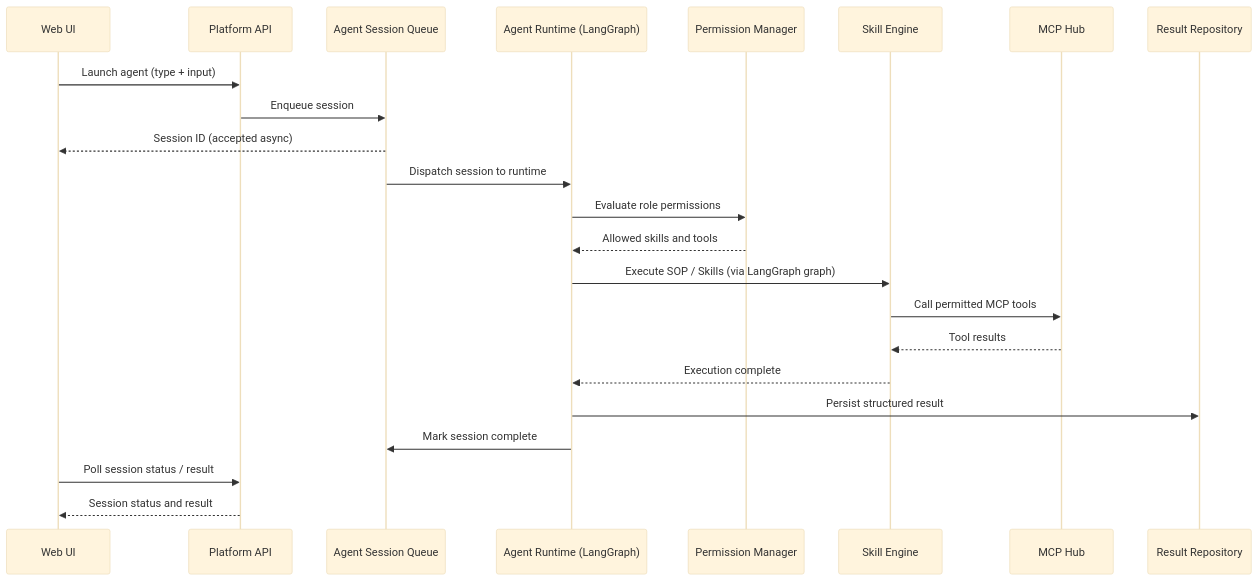
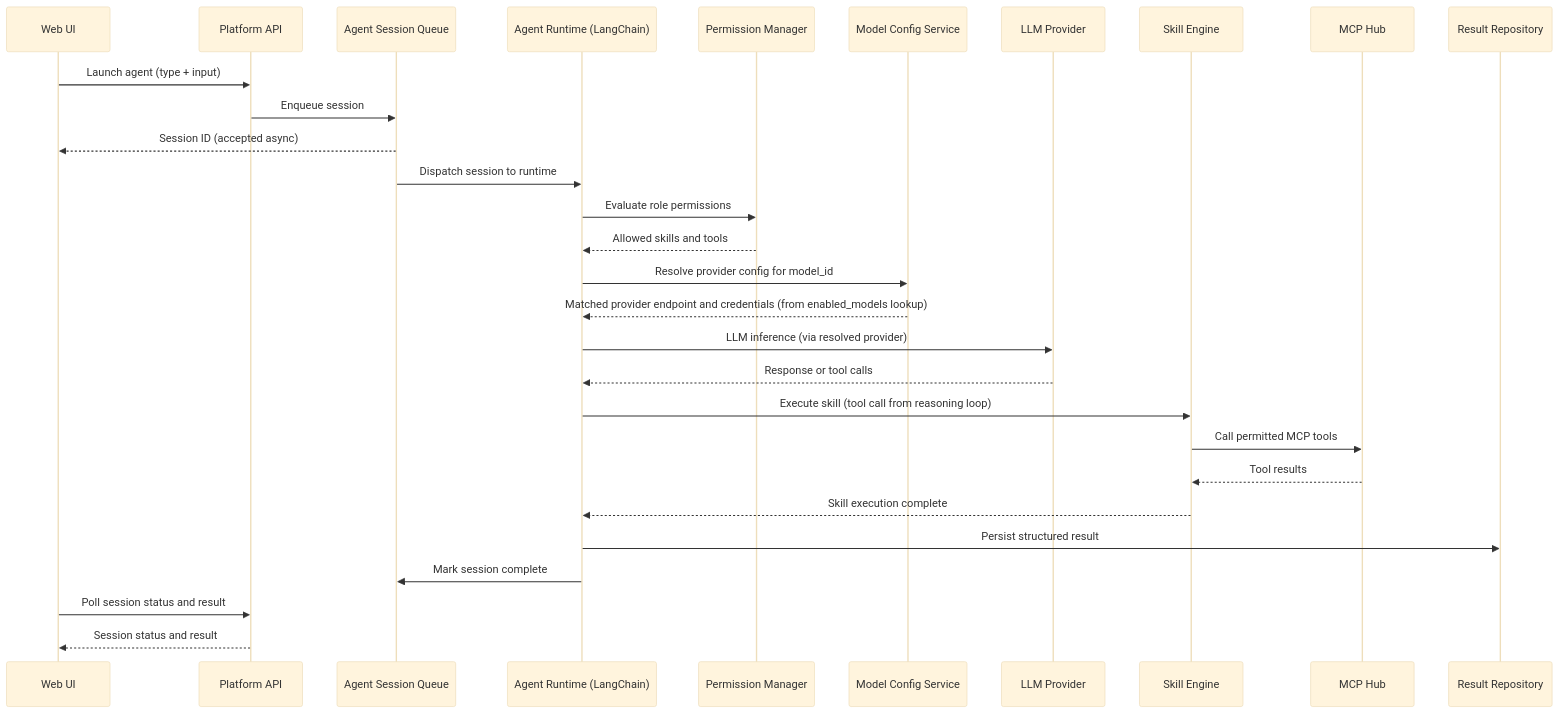
Before and after one commit to hurungang/parthenon: diagram 11 of 12 in docs/changes/implement-agent-runtime-with-gateway/architecture.md, drawn with Mermaid (base theme). The commit also changed other lines of this file and 151 other files, not shown here.

Commit message:
feat: working agent runtime, instruction layers and security features

````diff
--- a/docs/changes/implement-agent-runtime-with-gateway/architecture.md
+++ b/docs/changes/implement-agent-runtime-with-gateway/architecture.md
@@ -164,26 +373,32 @@
 ```mermaid
 sequenceDiagram
     participant User as Web UI
     participant API as Platform API
     participant AJQ as Agent Session Queue
-    participant AR as Agent Runtime (LangGraph)
+    participant AR as Agent Runtime (LangChain)
     participant APM as Permission Manager
+    participant MCS as Model Config Service
+    participant LLM as LLM Provider
     participant SE as Skill Engine
     participant MCP as MCP Hub
     participant RS as Result Repository
 
     User->>API: Launch agent (type + input)
     API->>AJQ: Enqueue session
     AJQ-->>User: Session ID (accepted async)
     AJQ->>AR: Dispatch session to runtime
     AR->>APM: Evaluate role permissions
     APM-->>AR: Allowed skills and tools
-    AR->>SE: Execute SOP / Skills (via LangGraph graph)
+    AR->>MCS: Resolve provider config for model_id
+    MCS-->>AR: Matched provider endpoint and credentials (from enabled_models lookup)
+    AR->>LLM: LLM inference (via resolved provider)
+    LLM-->>AR: Response or tool calls
+    AR->>SE: Execute skill (tool call from reasoning loop)
     SE->>MCP: Call permitted MCP tools
     MCP-->>SE: Tool results
-    SE-->>AR: Execution complete
+    SE-->>AR: Skill execution complete
     AR->>RS: Persist structured result
     AR->>AJQ: Mark session complete
-    User->>API: Poll session status / result
+    User->>API: Poll session status and result
     API-->>User: Session status and result
 ```
````
